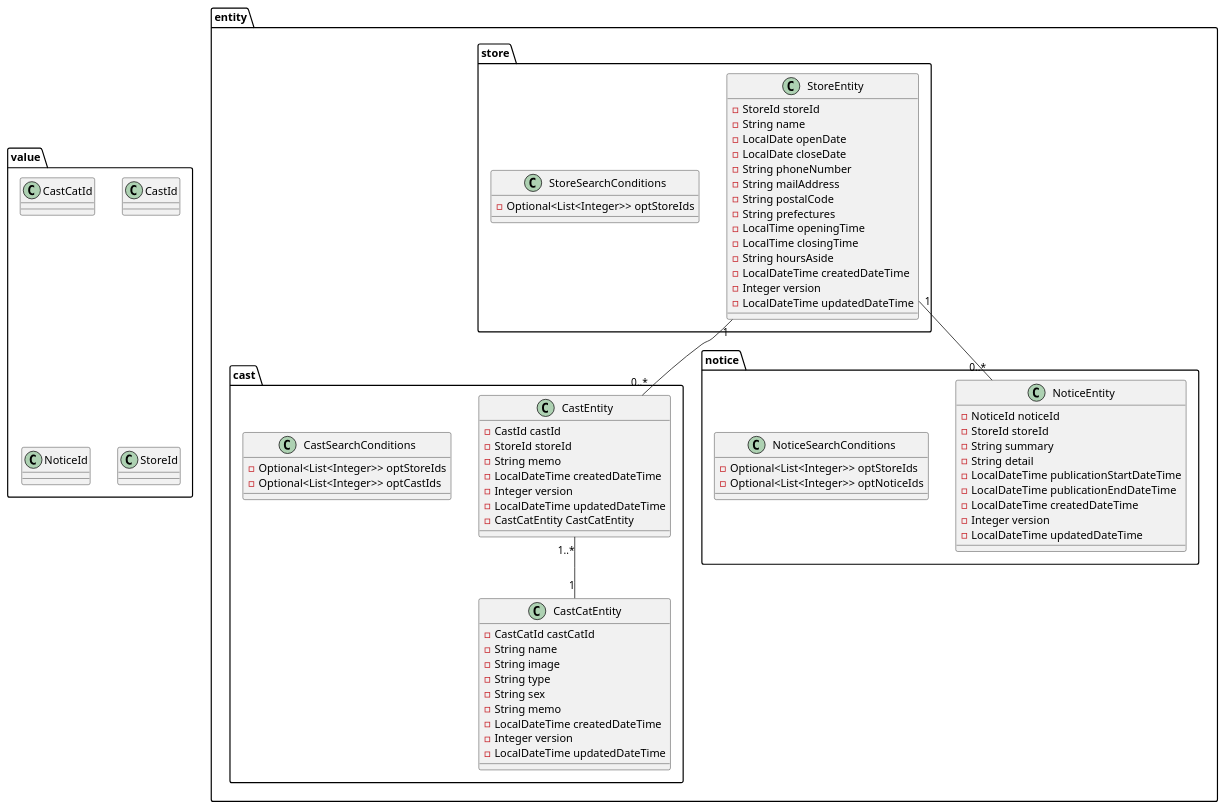
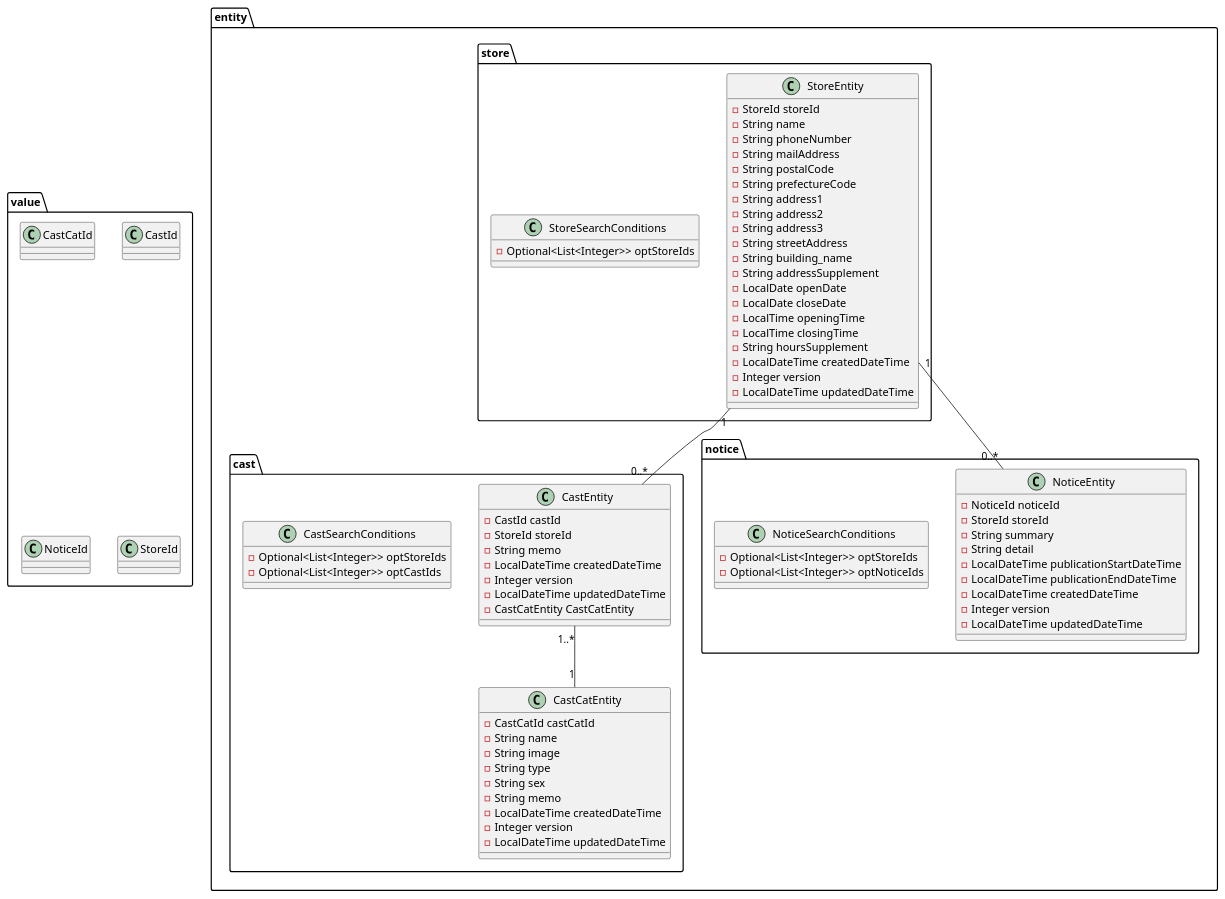
The diagram in document/02. 基本設計/plantUML/class_diagram.pu (mabubu0203/catcafe), drawn with PlantUML before and after one commit. The commit also changed 2 other files, not shown here.

```diff
--- a/document/02. 基本設計/plantUML/class_diagram.pu
+++ b/document/02. 基本設計/plantUML/class_diagram.pu
@@ -1,107 +1,113 @@
 @startuml
 
 package entity {
 
   package store {
 
     class StoreEntity {
       - StoreId storeId
       - String name
-      - LocalDate openDate
-      - LocalDate closeDate
       - String phoneNumber
       - String mailAddress
       - String postalCode
-      - String prefectures
+      - String prefectureCode
+      - String address1
+      - String address2
+      - String address3
+      - String streetAddress
+      - String building_name
+      - String addressSupplement
+      - LocalDate openDate
+      - LocalDate closeDate
       - LocalTime openingTime
       - LocalTime closingTime
-      - String hoursAside
+      - String hoursSupplement
       - LocalDateTime createdDateTime
       - Integer version
       - LocalDateTime updatedDateTime
     }
 
     class StoreSearchConditions {
       - Optional<List<Integer>> optStoreIds
     }
 
   }
 
   package cast {
 
     class CastEntity {
       - CastId castId
       - StoreId storeId
       - String memo
       - LocalDateTime createdDateTime
       - Integer version
       - LocalDateTime updatedDateTime
       - CastCatEntity CastCatEntity
     }
 
     class CastCatEntity {
       - CastCatId castCatId
       - String name
       - String image
       - String type
       - String sex
       - String memo
       - LocalDateTime createdDateTime
       - Integer version
       - LocalDateTime updatedDateTime
     }
 
     class CastSearchConditions {
       - Optional<List<Integer>> optStoreIds
       - Optional<List<Integer>> optCastIds
     }
 
     CastEntity "1..*" -- "1" CastCatEntity
 
   }
 
   package notice {
 
     class NoticeEntity {
       - NoticeId noticeId
       - StoreId storeId
       - String summary
       - String detail
       - LocalDateTime publicationStartDateTime
       - LocalDateTime publicationEndDateTime
       - LocalDateTime createdDateTime
       - Integer version
       - LocalDateTime updatedDateTime
     }
 
     class NoticeSearchConditions {
       - Optional<List<Integer>> optStoreIds
       - Optional<List<Integer>> optNoticeIds
     }
 
   }
 
   StoreEntity "1" -- "0..*" CastEntity
   StoreEntity "1" -- "0..*" NoticeEntity
 }
 
 package value {
 
   class CastCatId
   {
   }
 
   class CastId
   {
   }
 
   class NoticeId
   {
   }
 
   class StoreId
   {
   }
 
 }
 @enduml
```
